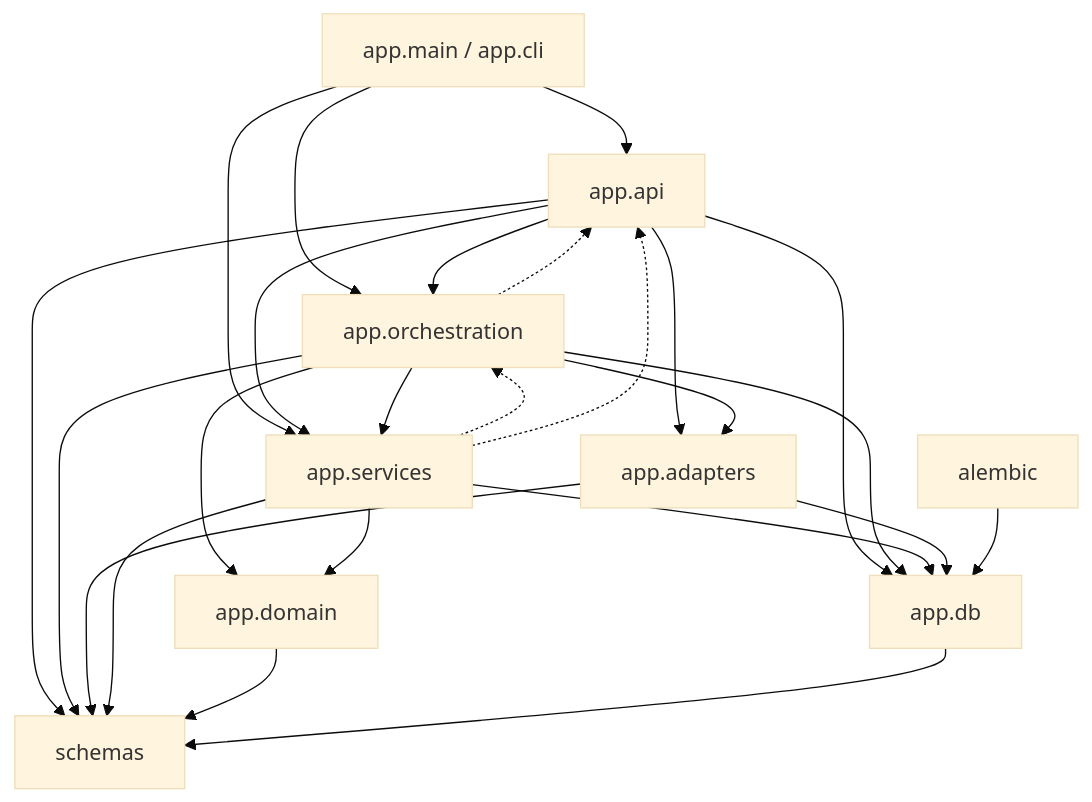
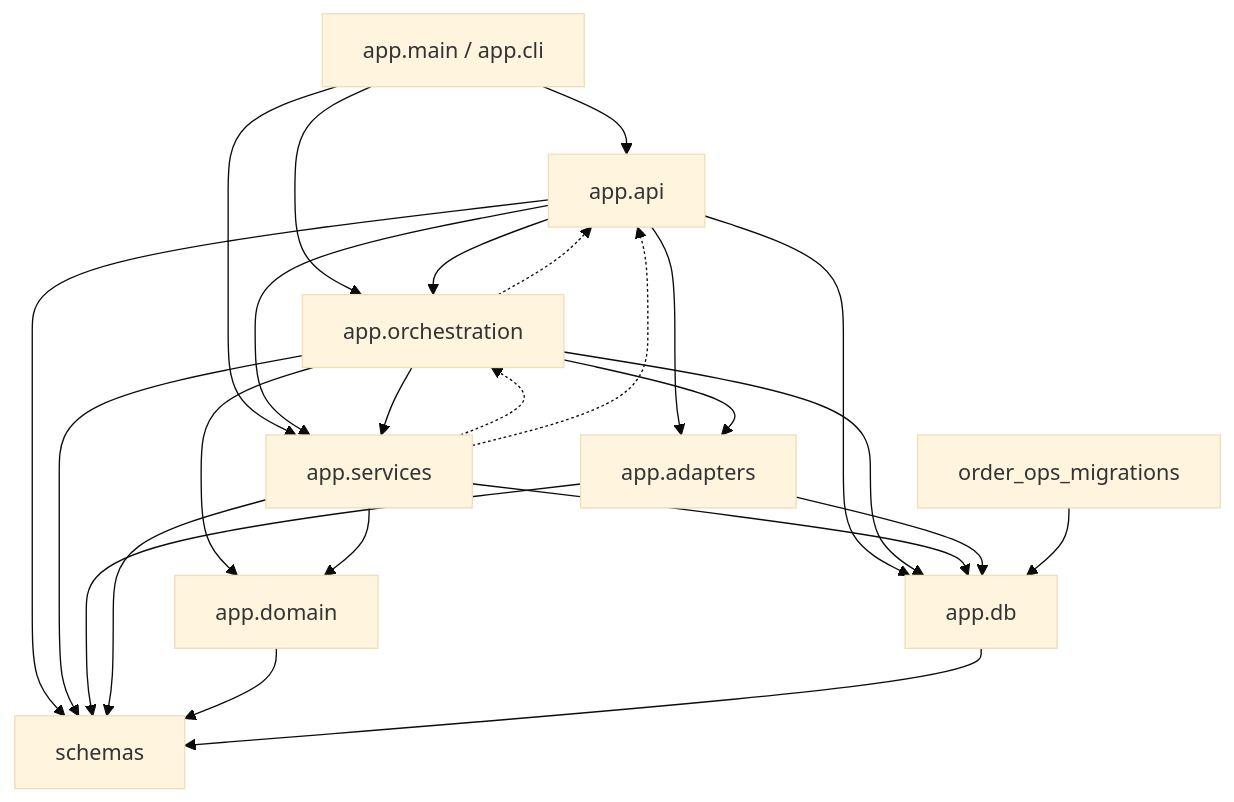
The first of 3 diagrams in ARCHITECTURE.md (baciozz/orderops-agent), drawn with Mermaid (base theme) before and after one commit. The commit also changed other lines of this file and 26 other files, not shown here.

````diff
--- a/ARCHITECTURE.md
+++ b/ARCHITECTURE.md
@@ -56,27 +56,27 @@
 ```mermaid
 flowchart TD
     Main["app.main / app.cli"] --> API["app.api"]
     Main --> Orch["app.orchestration"]
     Main --> Svc["app.services"]
     API --> Orch
     API --> Svc
     API --> Adapt["app.adapters"]
     Orch --> Adapt
     Orch --> Svc
     Orch --> Domain["app.domain"]
     Svc --> Domain
     API --> DB["app.db"]
     Orch --> DB
     Svc --> DB
     Adapt --> DB
     API --> Schema["schemas"]
     Orch --> Schema
     Adapt --> Schema
     Svc --> Schema
     Domain --> Schema
     DB --> Schema
     Svc -.-> Orch
     Svc -.-> API
     Orch -.-> API
-    Mig["alembic"] --> DB
+    Mig["order_ops_migrations"] --> DB
 ```
````
